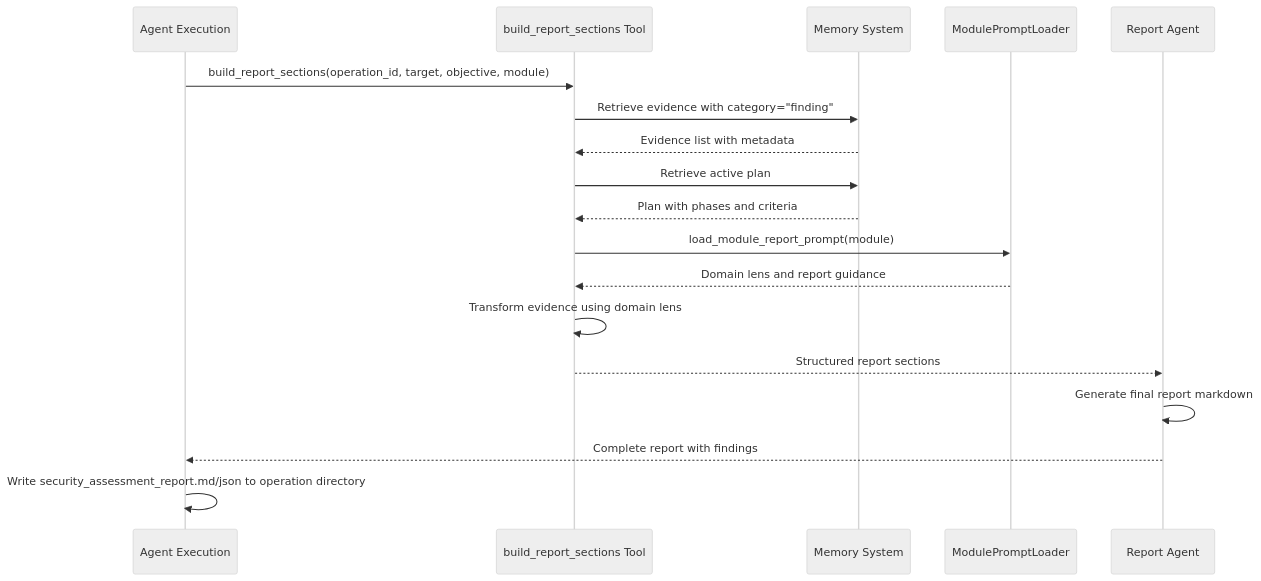
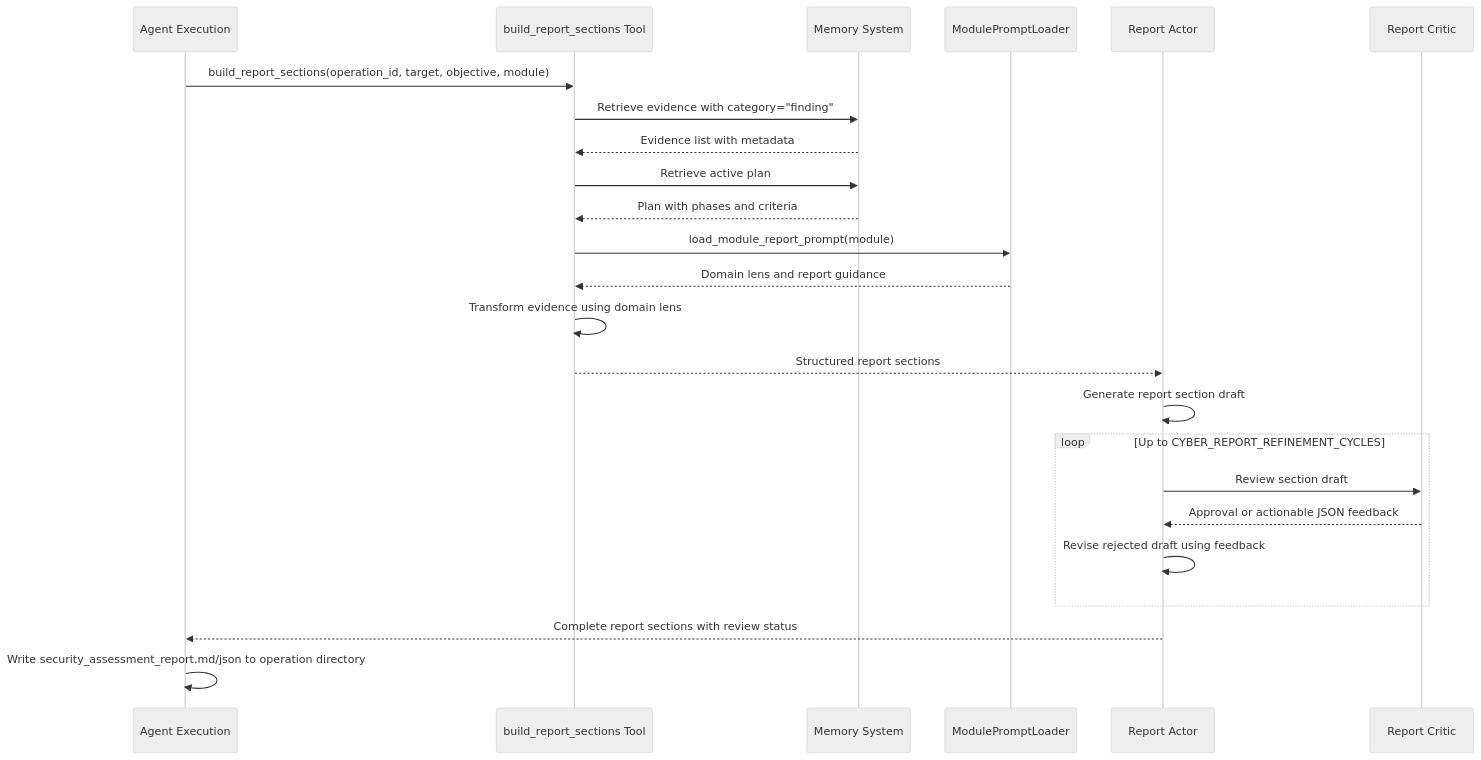
The fifth of 5 diagrams in docs/prompt_management.md (double16/Cyber-AutoAgent-ng), drawn with Mermaid (neutral theme) before and after one commit. The commit also changed other lines of this file and 103 other files, not shown here.

````diff
--- a/docs/prompt_management.md
+++ b/docs/prompt_management.md
@@ -293,21 +293,27 @@
 ```mermaid
 sequenceDiagram
     participant E as Agent Execution
     participant T as build_report_sections Tool
     participant M as Memory System
     participant L as ModulePromptLoader
-    participant A as Report Agent
+    participant A as Report Actor
+    participant C as Report Critic
 
     E->>T: build_report_sections(operation_id, target, objective, module)
     T->>M: Retrieve evidence with category="finding"
     M-->>T: Evidence list with metadata
     T->>M: Retrieve active plan
     M-->>T: Plan with phases and criteria
     T->>L: load_module_report_prompt(module)
     L-->>T: Domain lens and report guidance
     T->>T: Transform evidence using domain lens
     T-->>A: Structured report sections
-    A->>A: Generate final report markdown
-    A-->>E: Complete report with findings
+    A->>A: Generate report section draft
+    loop Up to CYBER_REPORT_REFINEMENT_CYCLES
+        A->>C: Review section draft
+        C-->>A: Approval or actionable JSON feedback
+        A->>A: Revise rejected draft using feedback
+    end
+    A-->>E: Complete report sections with review status
     E->>E: Write security_assessment_report.md/json to operation directory
 ```
````
